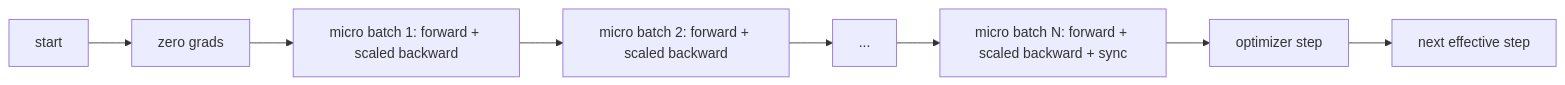
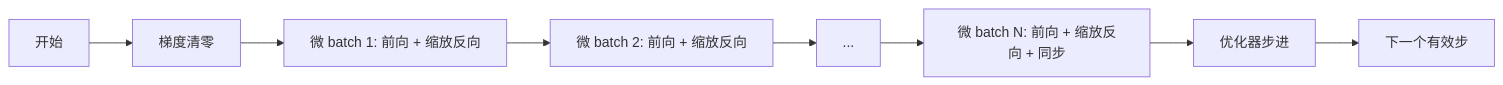
One commit to alessandrodinisio-ai/ai-engineering-learning-framework changed the first of 2 diagrams in phases/19-capstone-projects/46-gradient-accumulation/docs/zh.md. Above: the diagram before and after it, drawn with Mermaid. The commit also changed other lines of this file and 120 other files, not shown here.

First line of the commit message:
i18n(mermaid): 337 个 mermaid 图表标签中文化

````diff
--- a/phases/19-capstone-projects/46-gradient-accumulation/docs/zh.md
+++ b/phases/19-capstone-projects/46-gradient-accumulation/docs/zh.md
@@ -25,10 +25,10 @@
 ```mermaid
 flowchart LR
-  start[start] --> zero[zero grads]
-  zero --> mb1[micro batch 1: forward + scaled backward]
-  mb1 --> mb2[micro batch 2: forward + scaled backward]
+  start[开始] --> zero[梯度清零]
+  zero --> mb1[微 batch 1: 前向 + 缩放反向]
+  mb1 --> mb2[微 batch 2: 前向 + 缩放反向]
   mb2 --> dots[...]
-  dots --> mbN[micro batch N: forward + scaled backward + sync]
-  mbN --> step[optimizer step]
-  step --> next[next effective step]
+  dots --> mbN[微 batch N: 前向 + 缩放反向 + 同步]
+  mbN --> step[优化器步进]
+  step --> next[下一个有效步]
 ```
````
